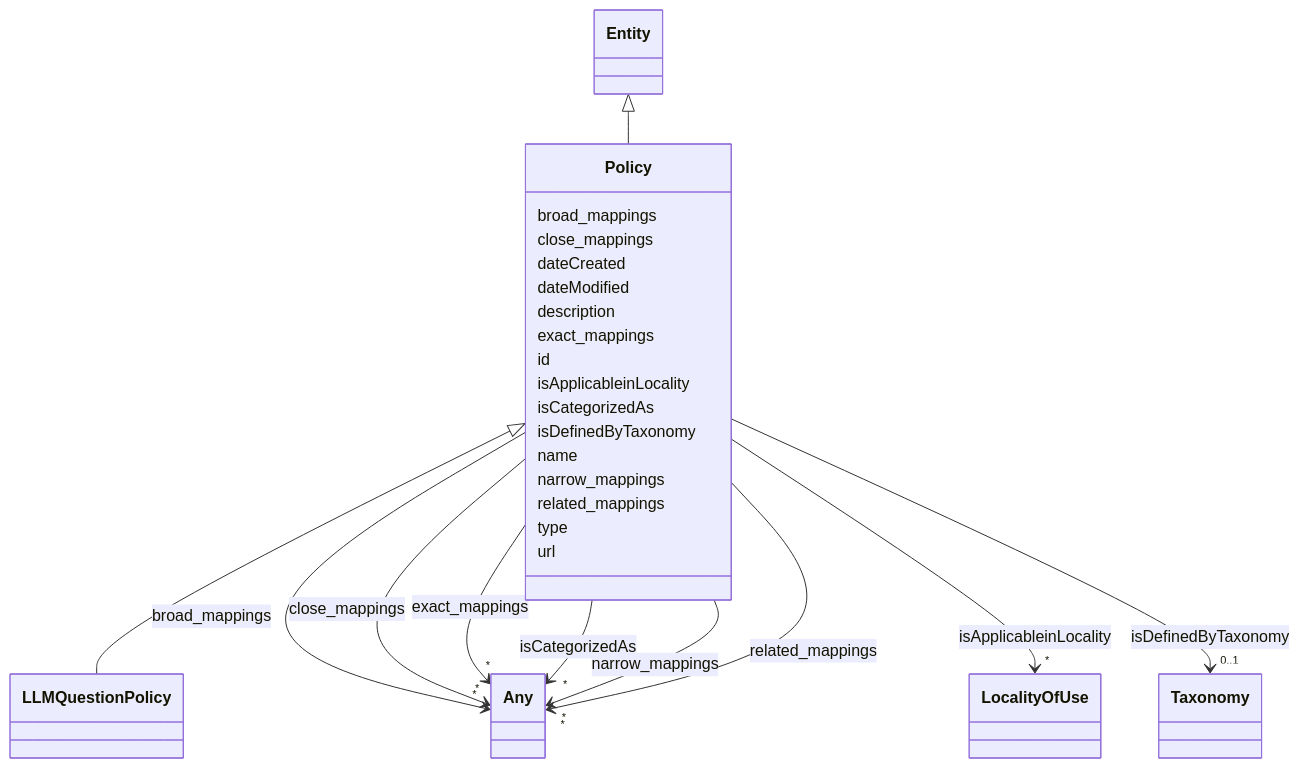
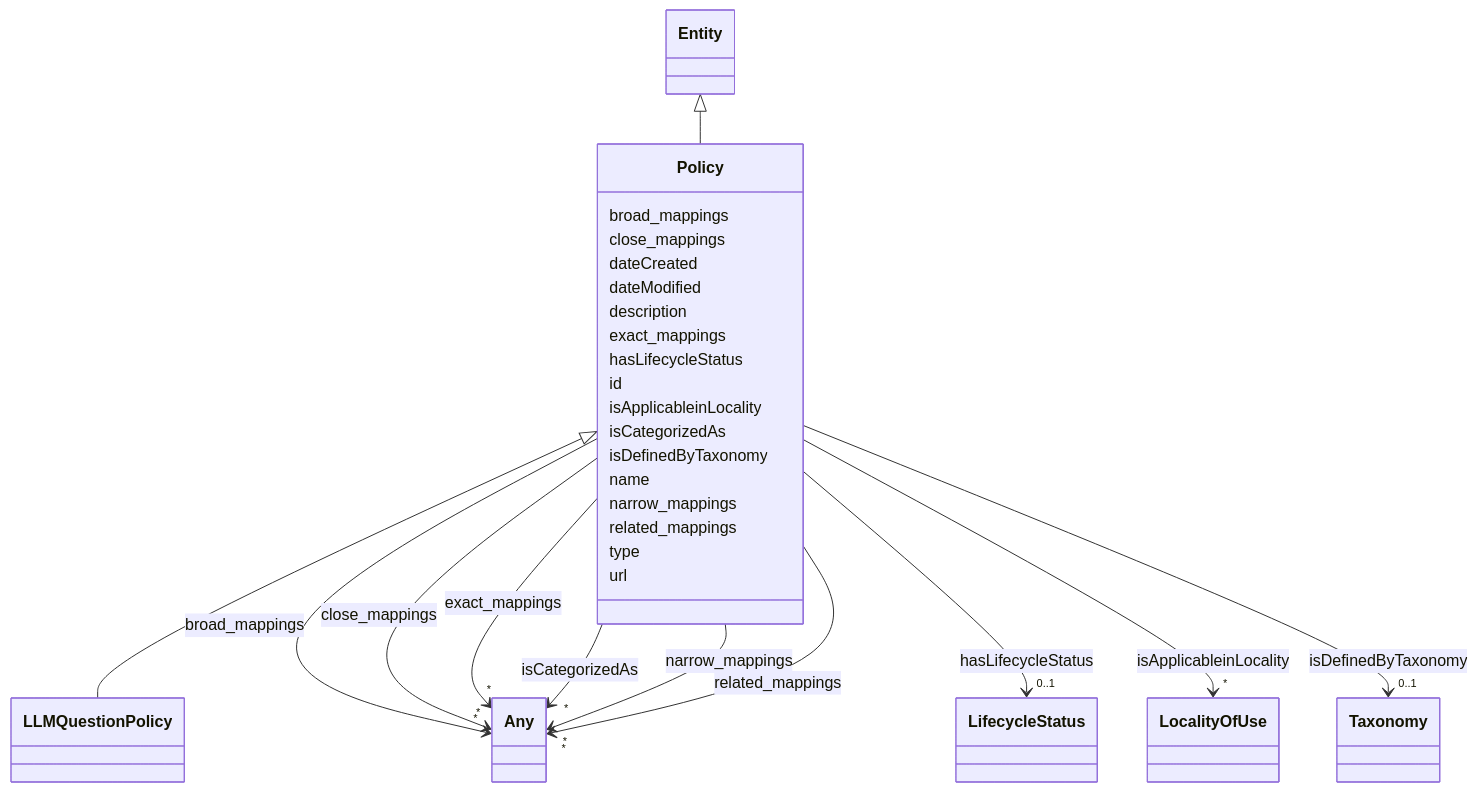
The diagram in docs/ontology/Policy.md (ingelise/risk-atlas-nexus), drawn with Mermaid before and after one commit. The commit also changed other lines of this file and 206 other files, not shown here.

```diff
--- a/docs/ontology/Policy.md
+++ b/docs/ontology/Policy.md
@@ -61,6 +61,17 @@
 
         Policy --> "*" Any : exact_mappings
         click Any href "../Any/"
+
+
+
+      Policy : hasLifecycleStatus
+
+
+
+
+
+        Policy --> "0..1" LifecycleStatus : hasLifecycleStatus
+        click LifecycleStatus href "../LifecycleStatus/"
 
 
 
```
